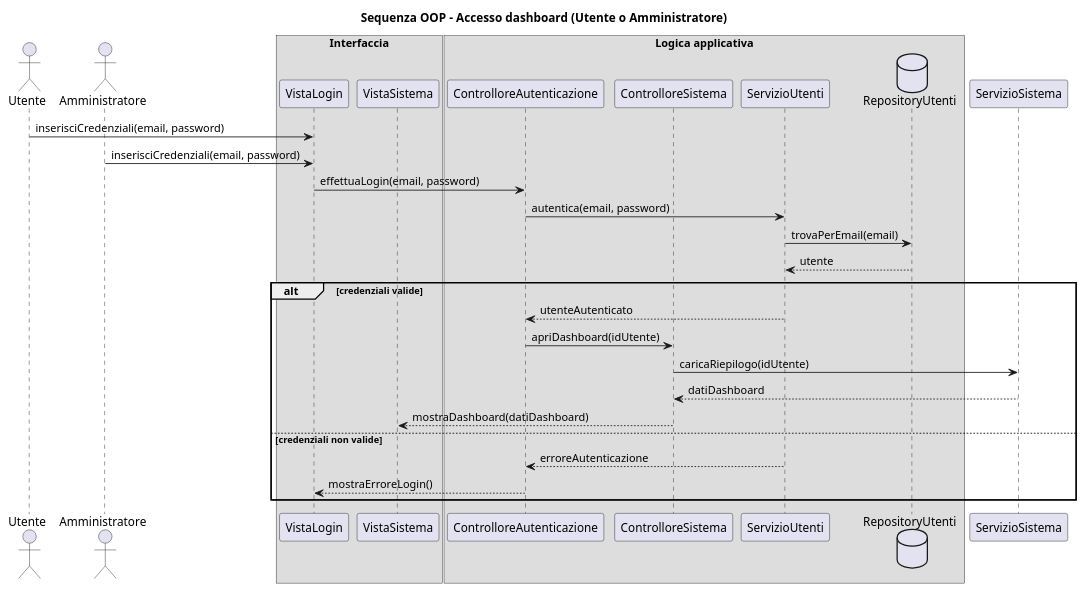
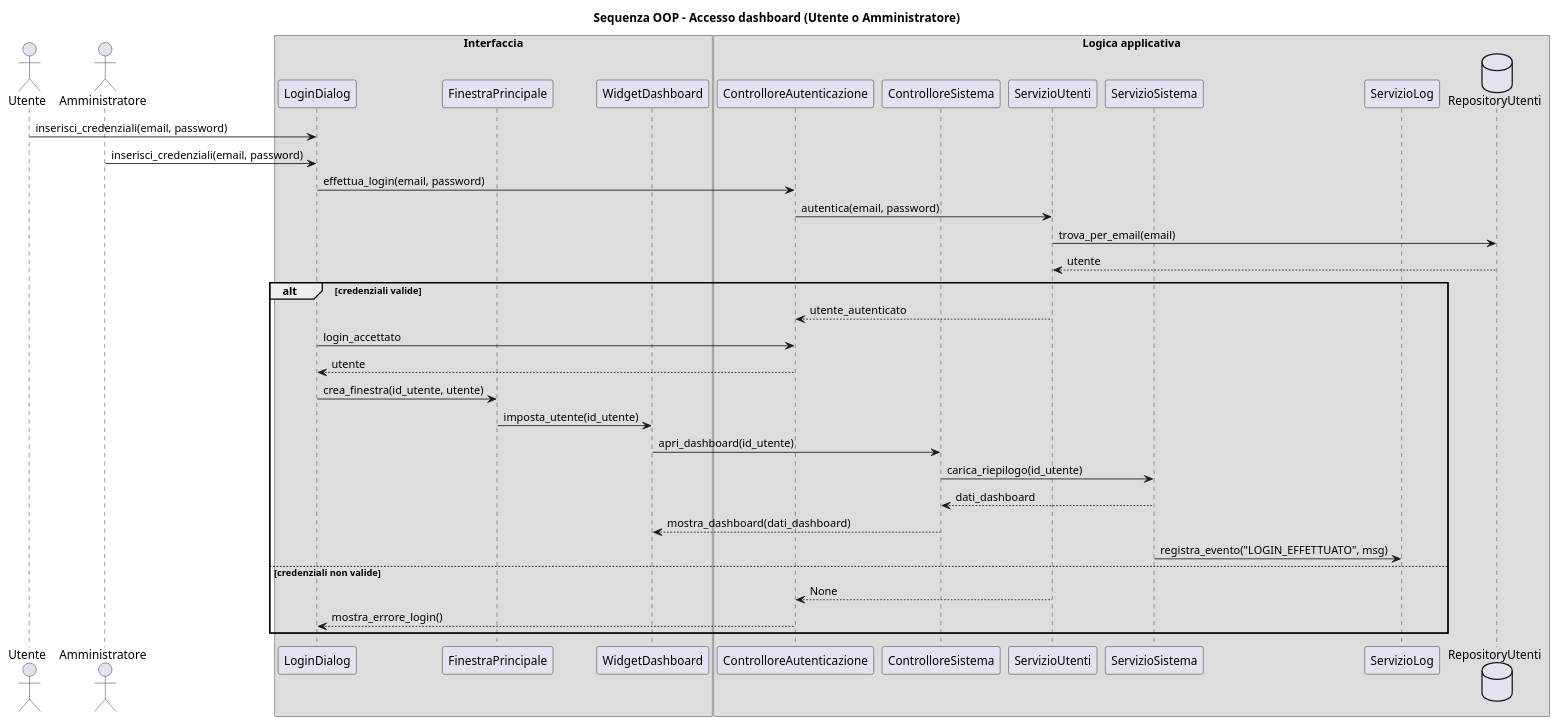
Before and after one commit to LapoCremonesi/ingegneria_del_software: the diagram in diagramma_sequenza/diagramma_sequenza_accesso_dashboard.puml, drawn with PlantUML. The commit also changed 69 other files, not shown here.

```diff
--- a/diagramma_sequenza/diagramma_sequenza_accesso_dashboard.puml
+++ b/diagramma_sequenza/diagramma_sequenza_accesso_dashboard.puml
@@ -1,36 +1,46 @@
 @startuml
 title Sequenza OOP - Accesso dashboard (Utente o Amministratore)
 
 actor Utente
 actor Amministratore
 
 box "Interfaccia"
-participant "VistaLogin" as VistaLogin
-participant "VistaSistema" as VistaSistema
+participant "LoginDialog" as LoginDialog
+participant "FinestraPrincipale" as FinestraPrincipale
+participant "WidgetDashboard" as WidgetDashboard
 end box
 
 box "Logica applicativa"
 participant "ControlloreAutenticazione" as ControlloreAutenticazione
 participant "ControlloreSistema" as ControlloreSistema
 participant "ServizioUtenti" as ServizioUtenti
+participant "ServizioSistema" as ServizioSistema
+participant "ServizioLog" as ServizioLog
 database "RepositoryUtenti" as RepositoryUtenti
 end box
 
-Utente -> VistaLogin : inserisciCredenziali(email, password)
-Amministratore -> VistaLogin : inserisciCredenziali(email, password)
-VistaLogin -> ControlloreAutenticazione : effettuaLogin(email, password)
+Utente -> LoginDialog : inserisci_credenziali(email, password)
+Amministratore -> LoginDialog : inserisci_credenziali(email, password)
+LoginDialog -> ControlloreAutenticazione : effettua_login(email, password)
 ControlloreAutenticazione -> ServizioUtenti : autentica(email, password)
-ServizioUtenti -> RepositoryUtenti : trovaPerEmail(email)
+ServizioUtenti -> RepositoryUtenti : trova_per_email(email)
 RepositoryUtenti --> ServizioUtenti : utente
 
 alt credenziali valide
-  ServizioUtenti --> ControlloreAutenticazione : utenteAutenticato
-  ControlloreAutenticazione -> ControlloreSistema : apriDashboard(idUtente)
-  ControlloreSistema -> ServizioSistema : caricaRiepilogo(idUtente)
-  ServizioSistema --> ControlloreSistema : datiDashboard
-  ControlloreSistema --> VistaSistema : mostraDashboard(datiDashboard)
+  ServizioUtenti --> ControlloreAutenticazione : utente_autenticato
+  LoginDialog -> ControlloreAutenticazione : login_accettato
+  ControlloreAutenticazione --> LoginDialog : utente
+
+  LoginDialog -> FinestraPrincipale : crea_finestra(id_utente, utente)
+  FinestraPrincipale -> WidgetDashboard : imposta_utente(id_utente)
+  WidgetDashboard -> ControlloreSistema : apri_dashboard(id_utente)
+  ControlloreSistema -> ServizioSistema : carica_riepilogo(id_utente)
+  ServizioSistema --> ControlloreSistema : dati_dashboard
+  ControlloreSistema --> WidgetDashboard : mostra_dashboard(dati_dashboard)
+
+  ServizioSistema -> ServizioLog : registra_evento("LOGIN_EFFETTUATO", msg)
 else credenziali non valide
-  ServizioUtenti --> ControlloreAutenticazione : erroreAutenticazione
-  ControlloreAutenticazione --> VistaLogin : mostraErroreLogin()
+  ServizioUtenti --> ControlloreAutenticazione : None
+  ControlloreAutenticazione --> LoginDialog : mostra_errore_login()
 end
 @enduml
```
